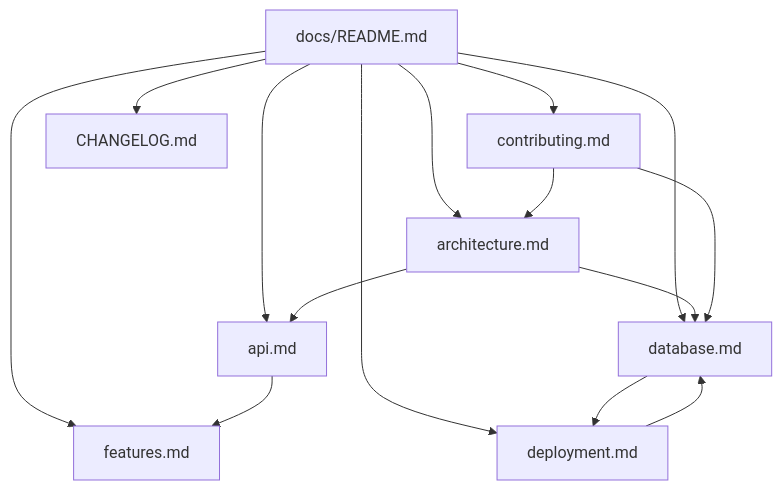
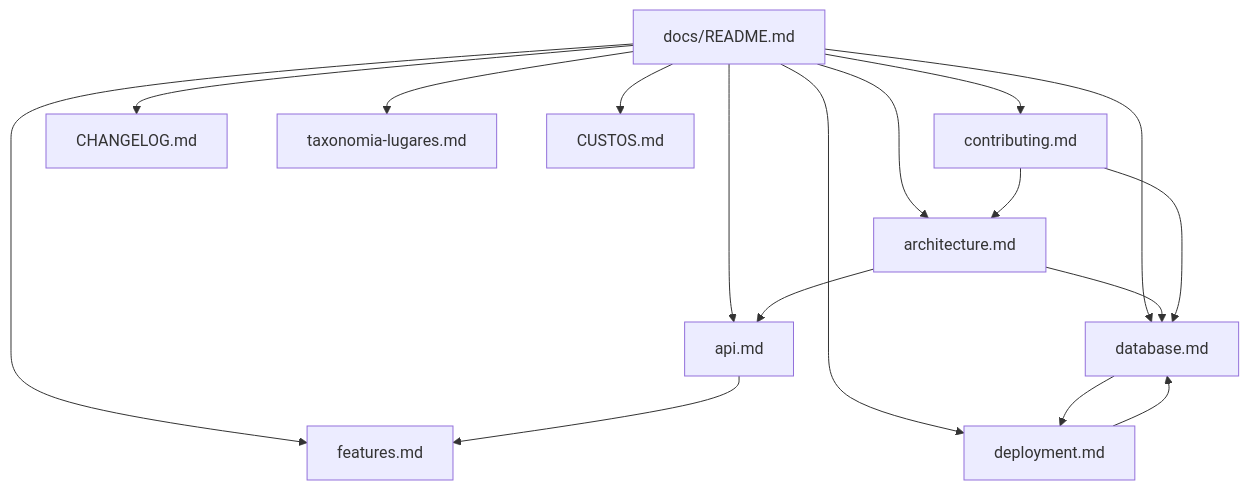
The diagram in docs/README.md (BrunoDislilerDev/guia-de-bolso), drawn with Mermaid before and after one commit. The commit also changed other lines of this file and 11 other files, not shown here.

````diff
--- a/docs/README.md
+++ b/docs/README.md
@@ -106,18 +115,20 @@
 ```mermaid
 flowchart TB
   INDEX[docs/README.md]
   INDEX --> ARCH[architecture.md]
   INDEX --> DB[database.md]
   INDEX --> API[api.md]
   INDEX --> FEAT[features.md]
   INDEX --> DEP[deployment.md]
   INDEX --> CONTRIB[contributing.md]
   INDEX --> CHANGELOG[CHANGELOG.md]
+  INDEX --> TAX[taxonomia-lugares.md]
+  INDEX --> CUSTOS[CUSTOS.md]
   ARCH --> API
   ARCH --> DB
   DB --> DEP
   API --> FEAT
   CONTRIB --> ARCH
   CONTRIB --> DB
   DEP --> DB
 ```
````
